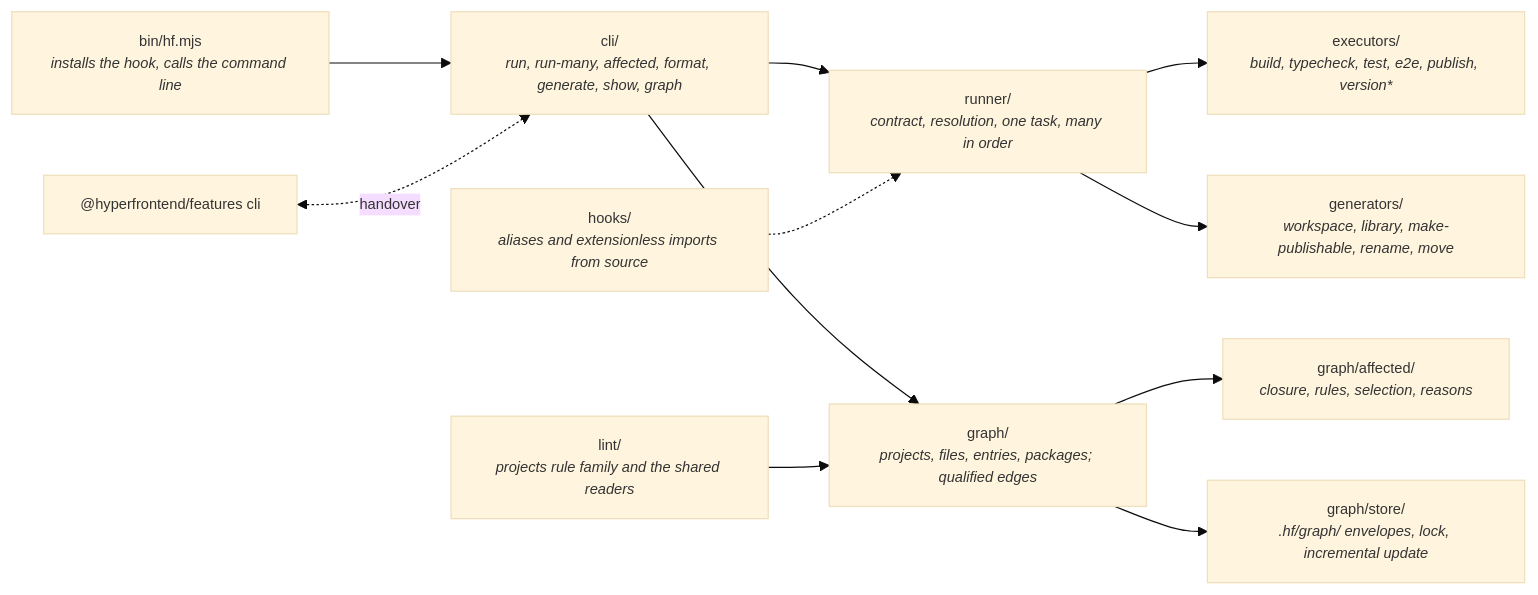
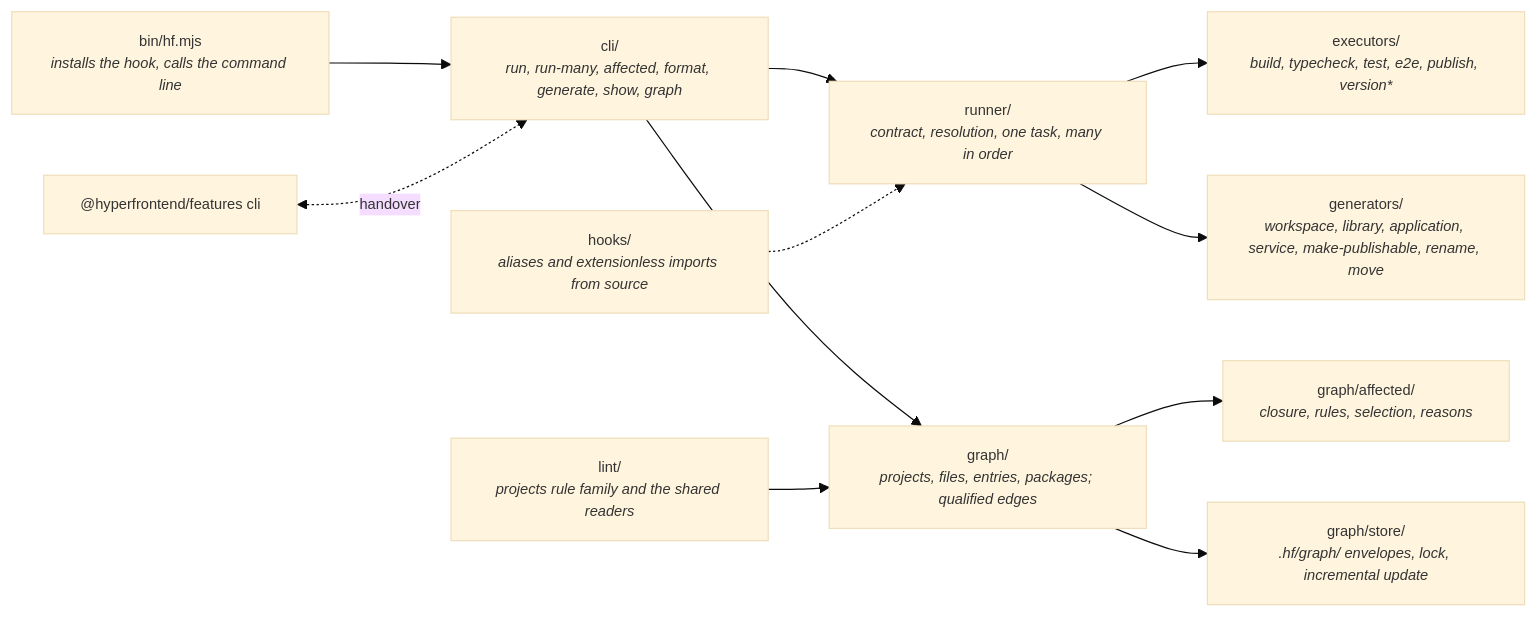
The first of 2 diagrams in libs/workspace/ARCHITECTURE.md (AndrewRedican/hyperfrontend), drawn with Mermaid before and after one commit. The commit also changed other lines of this file and 33 other files, not shown here.

Commit message:
feat(lib-workspace): add the application and service generators

````diff
--- a/libs/workspace/ARCHITECTURE.md
+++ b/libs/workspace/ARCHITECTURE.md
@@ -7,19 +7,19 @@
 ```mermaid
 ---
 config:
   theme: base
   themeVariables:
     fontSize: 12px
 ---
 flowchart LR
     Bin["bin/hf.mjs<br/><i>installs the hook, calls the command line</i>"] --> Cli["cli/<br/><i>run, run-many, affected, format, generate, show, graph</i>"]
     Cli --> Runner["runner/<br/><i>contract, resolution, one task, many in order</i>"]
     Cli --> Graph["graph/<br/><i>projects, files, entries, packages; qualified edges</i>"]
     Graph --> Affected["graph/affected/<br/><i>closure, rules, selection, reasons</i>"]
     Graph --> Store["graph/store/<br/><i>.hf/graph/ envelopes, lock, incremental update</i>"]
     Runner --> Executors["executors/<br/><i>build, typecheck, test, e2e, publish, version*</i>"]
-    Runner --> Generators["generators/<br/><i>workspace, library, make-publishable, rename, move</i>"]
+    Runner --> Generators["generators/<br/><i>workspace, library, application, service, make-publishable, rename, move</i>"]
     Hooks["hooks/<br/><i>aliases and extensionless imports from source</i>"] -.-> Runner
     Lint["lint/<br/><i>projects rule family and the shared readers</i>"] --> Graph
     Features["@hyperfrontend/features cli"] <-. handover .-> Cli
 ```
````
